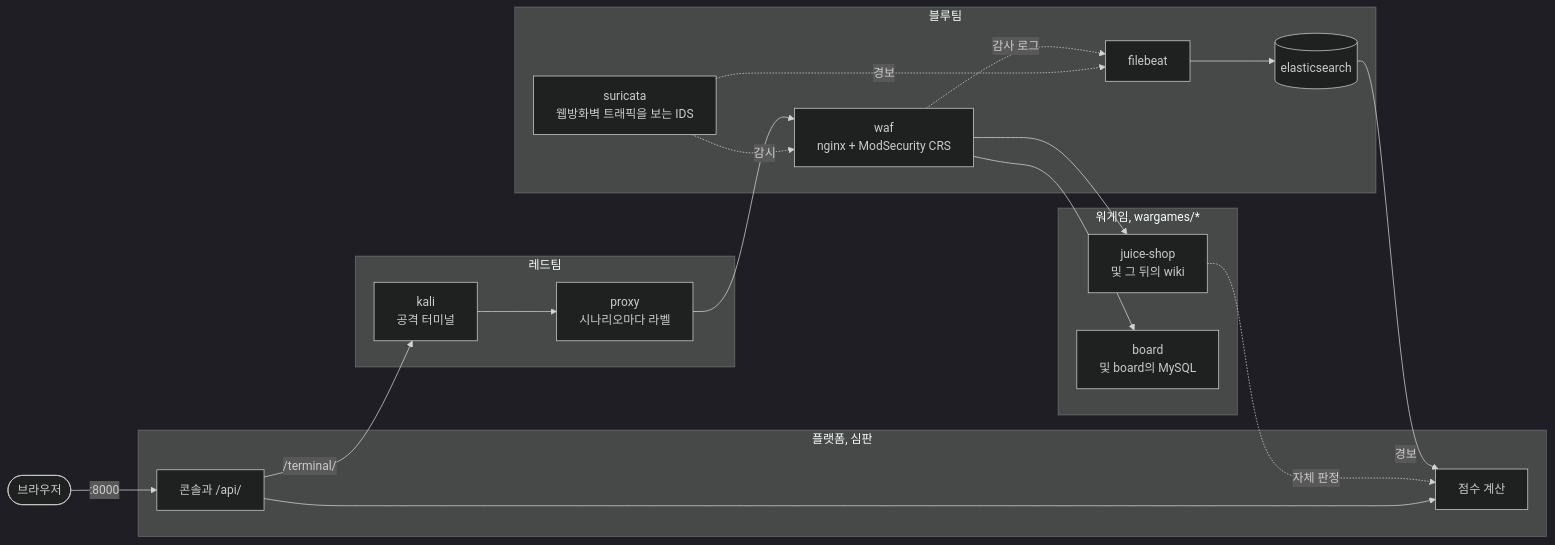
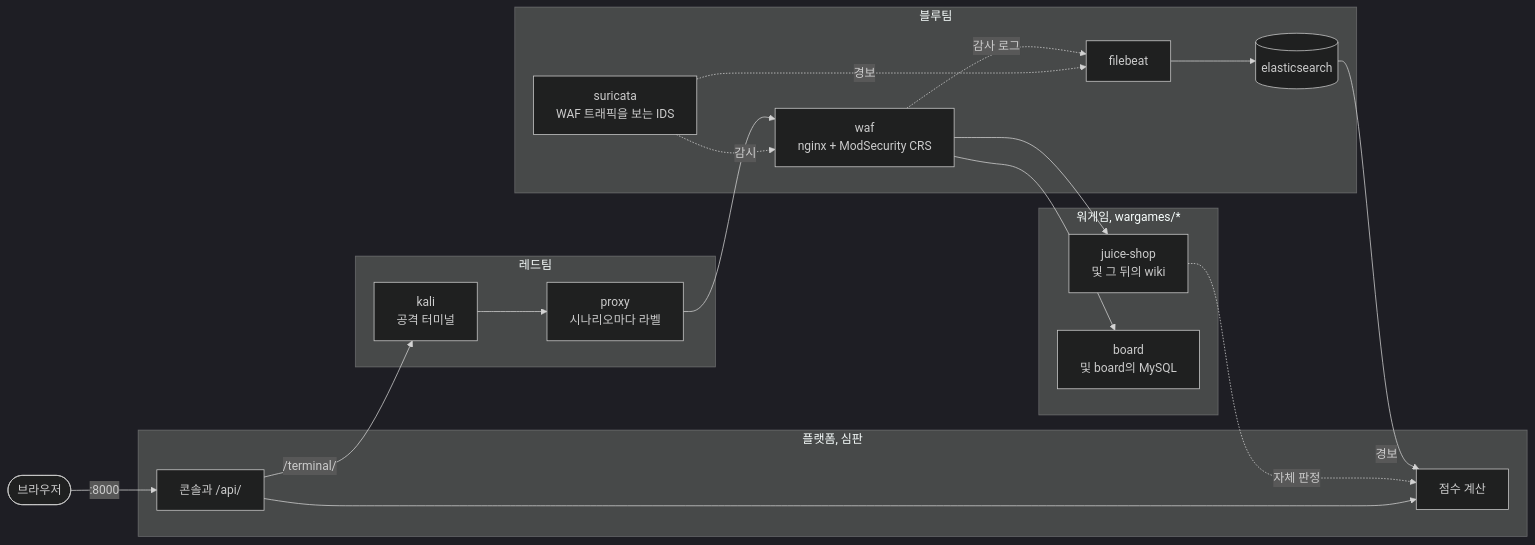
One commit to Nekonic/fsl-project-mvp changed the second of 2 diagrams in README.ko.md. Above: the diagram before and after it, drawn with Mermaid (dark theme). The commit also changed other lines of this file and 1 other file, not shown here.

Commit message:
docs: bring Korean README and ARCHITECTURE mirrors current with English

````diff
--- a/README.ko.md
+++ b/README.ko.md
@@ -59,40 +48,40 @@
 ```mermaid
 flowchart LR
   person(["브라우저"])
 
   subgraph red["레드팀"]
     kali["kali<br/>공격 터미널"]
     proxy["proxy<br/>시나리오마다 라벨"]
   end
 
   subgraph blue["블루팀"]
     waf["waf<br/>nginx + ModSecurity CRS"]
-    suricata["suricata<br/>웹방화벽 트래픽을 보는 IDS"]
+    suricata["suricata<br/>WAF 트래픽을 보는 IDS"]
     filebeat["filebeat"]
     es[("elasticsearch")]
   end
 
   subgraph wargames["워게임, wargames/*"]
     juice["juice-shop<br/>및 그 뒤의 wiki"]
     board["board<br/>및 board의 MySQL"]
   end
 
   subgraph platform["플랫폼, 심판"]
     console["콘솔과 /api/"]
     scoring["점수 계산"]
   end
 
   person -->|":8000"| console
   console -->|"/terminal/"| kali
   kali --> proxy
   proxy --> waf
   waf --> juice
   waf --> board
   suricata -.->|감시| waf
   waf -.->|감사 로그| filebeat
   suricata -.->|경보| filebeat
   filebeat --> es
   es -->|경보| scoring
   juice -.->|자체 판정| scoring
   console --> scoring
 ```
````
